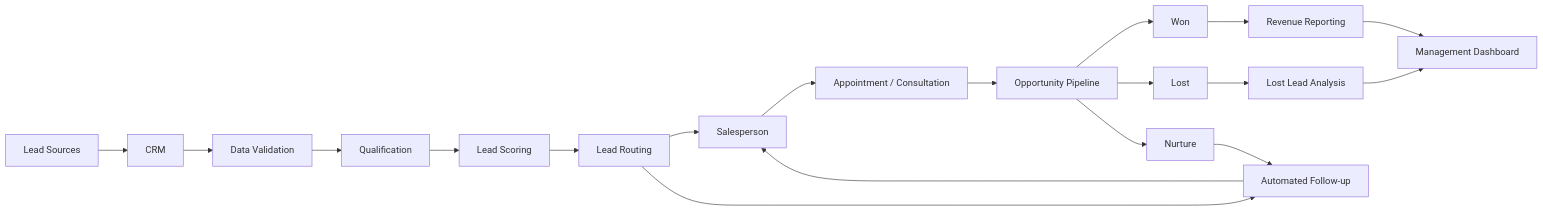
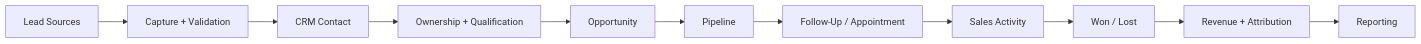
Before and after one commit to prashant6788/crm-automation-frameworks: the diagram in README.md, drawn with Mermaid. The commit also changed other lines of this file, not shown here.

Commit message:
Finalize CRM Automation Frameworks V1 README

````diff
--- a/README.md
+++ b/README.md
@@ -91,28 +57,13 @@
 ```mermaid
 flowchart LR
-    A[Lead Sources] --> B[CRM]
-
-    B --> C[Data Validation]
-    C --> D[Qualification]
-    D --> E[Lead Scoring]
-    E --> F[Lead Routing]
-
-    F --> G[Salesperson]
-    F --> H[Automated Follow-up]
-
-    H --> G
-
-    G --> I[Appointment / Consultation]
-    I --> J[Opportunity Pipeline]
-
-    J --> K[Won]
-    J --> L[Lost]
-    J --> M[Nurture]
-
-    K --> N[Revenue Reporting]
-    L --> O[Lost Lead Analysis]
-    M --> H
-
-    N --> P[Management Dashboard]
-    O --> P
+    A["Lead Sources"] --> B["Capture + Validation"]
+    B --> C["CRM Contact"]
+    C --> D["Ownership + Qualification"]
+    D --> E["Opportunity"]
+    E --> F["Pipeline"]
+    F --> G["Follow-Up / Appointment"]
+    G --> H["Sales Activity"]
+    H --> I["Won / Lost"]
+    I --> J["Revenue + Attribution"]
+    J --> K["Reporting"]
 ```
````
